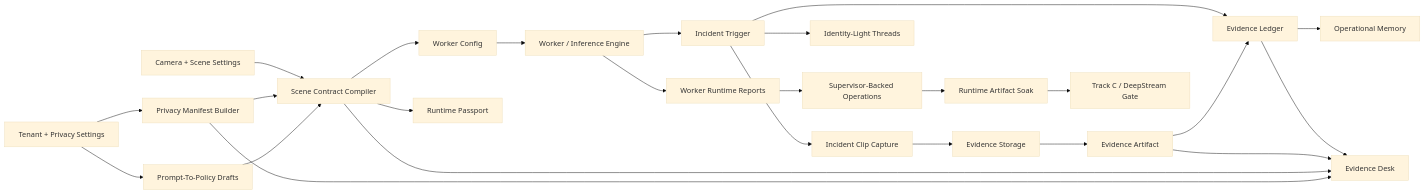
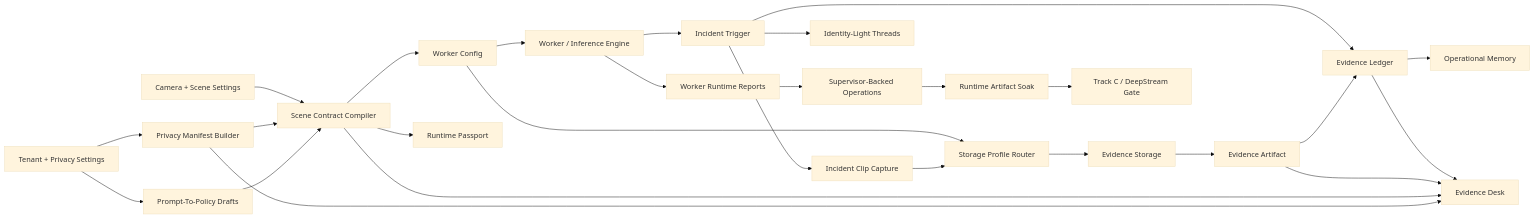
The diagram in docs/superpowers/specs/2026-05-11-accountable-scene-intelligence-and-evidence-recording-design.md (mugetsu79/vision), drawn with Mermaid (base theme) before and after one commit. The commit also changed other lines of this file and 1 other file, not shown here.

Commit message:
docs(evidence): plan storage profile routing gate

````diff
--- a/docs/superpowers/specs/2026-05-11-accountable-scene-intelligence-and-evidence-recording-design.md
+++ b/docs/superpowers/specs/2026-05-11-accountable-scene-intelligence-and-evidence-recording-design.md
@@ -1003,27 +1034,29 @@
 ```mermaid
 flowchart LR
   Camera["Camera + Scene Settings"] --> ContractCompiler["Scene Contract Compiler"]
   Privacy["Tenant + Privacy Settings"] --> ManifestBuilder["Privacy Manifest Builder"]
   ManifestBuilder --> ContractCompiler
   ContractCompiler --> WorkerConfig["Worker Config"]
   WorkerConfig --> Worker["Worker / Inference Engine"]
   Worker --> Trigger["Incident Trigger"]
   Trigger --> Capture["Incident Clip Capture"]
-  Capture --> Store["Evidence Storage"]
+  WorkerConfig --> StorageRouter["Storage Profile Router"]
+  Capture --> StorageRouter
+  StorageRouter --> Store["Evidence Storage"]
   Store --> Artifact["Evidence Artifact"]
   Trigger --> Ledger["Evidence Ledger"]
   Artifact --> Ledger
   Ledger --> Desk["Evidence Desk"]
   Artifact --> Desk
   ContractCompiler --> Desk
   ManifestBuilder --> Desk
   ContractCompiler --> Passport["Runtime Passport"]
   Ledger --> Memory["Operational Memory"]
   Trigger --> CrossCamera["Identity-Light Threads"]
   Privacy --> PolicyDraft["Prompt-To-Policy Drafts"]
   PolicyDraft --> ContractCompiler
   Worker --> RuntimeReport["Worker Runtime Reports"]
   RuntimeReport --> Operations["Supervisor-Backed Operations"]
   Operations --> Soak["Runtime Artifact Soak"]
   Soak --> DeepStream["Track C / DeepStream Gate"]
 ```
````
